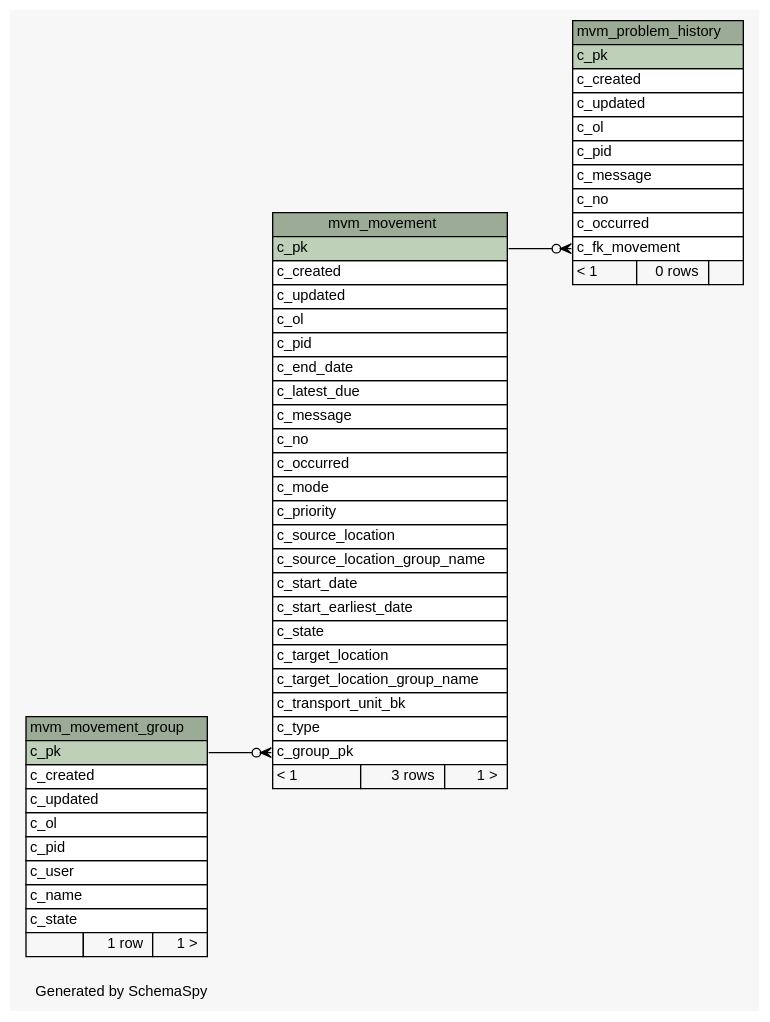
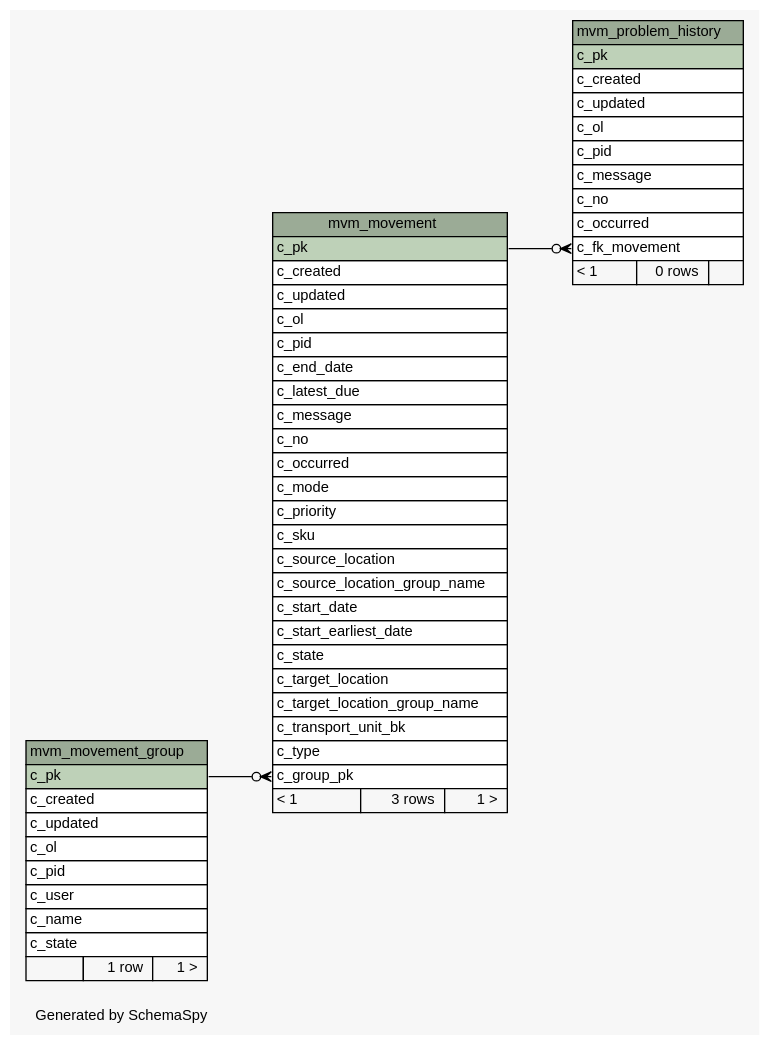
One commit to openwms/org.openwms.wms.movements.lib changed the diagram in 1.0.0-SNAPSHOT/schemaspy/diagrams/summary/relationships.real.large.dot. Above: the diagram before and after it, drawn with Graphviz. The commit also changed 221 other files, not shown here.

```diff
--- a/1.0.0-SNAPSHOT/schemaspy/diagrams/summary/relationships.real.large.dot
+++ b/1.0.0-SNAPSHOT/schemaspy/diagrams/summary/relationships.real.large.dot
@@ -1,90 +1,91 @@
 // dot 2.43.0 on Linux 5.8.0-1042-azure
 // SchemaSpy rev Unknown
 digraph "largeRelationshipsDiagram" {
   graph [
     rankdir="RL"
     bgcolor="#f7f7f7"
     label="\nGenerated by SchemaSpy"
     labeljust="l"
     nodesep="0.18"
     ranksep="0.46"
     fontname="Helvetica"
     fontsize="11"
   ];
   node [
     fontname="Helvetica"
     fontsize="11"
     shape="plaintext"
   ];
   edge [
     arrowsize="0.8"
   ];
   "mvm_movement" [
     label=<
     <TABLE BORDER="0" CELLBORDER="1" CELLSPACING="0" BGCOLOR="#ffffff">
       <TR><TD COLSPAN="3" BGCOLOR="#9bab96" ALIGN="CENTER">mvm_movement</TD></TR>
       <TR><TD PORT="c_pk" COLSPAN="3" BGCOLOR="#bed1b8" ALIGN="LEFT">c_pk</TD></TR>
       <TR><TD PORT="c_created" COLSPAN="3" ALIGN="LEFT">c_created</TD></TR>
       <TR><TD PORT="c_updated" COLSPAN="3" ALIGN="LEFT">c_updated</TD></TR>
       <TR><TD PORT="c_ol" COLSPAN="3" ALIGN="LEFT">c_ol</TD></TR>
       <TR><TD PORT="c_pid" COLSPAN="3" ALIGN="LEFT">c_pid</TD></TR>
       <TR><TD PORT="c_end_date" COLSPAN="3" ALIGN="LEFT">c_end_date</TD></TR>
       <TR><TD PORT="c_latest_due" COLSPAN="3" ALIGN="LEFT">c_latest_due</TD></TR>
       <TR><TD PORT="c_message" COLSPAN="3" ALIGN="LEFT">c_message</TD></TR>
       <TR><TD PORT="c_no" COLSPAN="3" ALIGN="LEFT">c_no</TD></TR>
       <TR><TD PORT="c_occurred" COLSPAN="3" ALIGN="LEFT">c_occurred</TD></TR>
       <TR><TD PORT="c_mode" COLSPAN="3" ALIGN="LEFT">c_mode</TD></TR>
       <TR><TD PORT="c_priority" COLSPAN="3" ALIGN="LEFT">c_priority</TD></TR>
+      <TR><TD PORT="c_sku" COLSPAN="3" ALIGN="LEFT">c_sku</TD></TR>
       <TR><TD PORT="c_source_location" COLSPAN="3" ALIGN="LEFT">c_source_location</TD></TR>
       <TR><TD PORT="c_source_location_group_name" COLSPAN="3" ALIGN="LEFT">c_source_location_group_name</TD></TR>
       <TR><TD PORT="c_start_date" COLSPAN="3" ALIGN="LEFT">c_start_date</TD></TR>
       <TR><TD PORT="c_start_earliest_date" COLSPAN="3" ALIGN="LEFT">c_start_earliest_date</TD></TR>
       <TR><TD PORT="c_state" COLSPAN="3" ALIGN="LEFT">c_state</TD></TR>
       <TR><TD PORT="c_target_location" COLSPAN="3" ALIGN="LEFT">c_target_location</TD></TR>
       <TR><TD PORT="c_target_location_group_name" COLSPAN="3" ALIGN="LEFT">c_target_location_group_name</TD></TR>
       <TR><TD PORT="c_transport_unit_bk" COLSPAN="3" ALIGN="LEFT">c_transport_unit_bk</TD></TR>
       <TR><TD PORT="c_type" COLSPAN="3" ALIGN="LEFT">c_type</TD></TR>
       <TR><TD PORT="c_group_pk" COLSPAN="3" ALIGN="LEFT">c_group_pk</TD></TR>
       <TR><TD ALIGN="LEFT" BGCOLOR="#f7f7f7">&lt; 1</TD><TD ALIGN="RIGHT" BGCOLOR="#f7f7f7">3 rows</TD><TD ALIGN="RIGHT" BGCOLOR="#f7f7f7">1 &gt;</TD></TR>
     </TABLE>>
     URL="tables/mvm_movement.html"
     tooltip="mvm_movement"
   ];
   "mvm_movement_group" [
     label=<
     <TABLE BORDER="0" CELLBORDER="1" CELLSPACING="0" BGCOLOR="#ffffff">
       <TR><TD COLSPAN="3" BGCOLOR="#9bab96" ALIGN="CENTER">mvm_movement_group</TD></TR>
       <TR><TD PORT="c_pk" COLSPAN="3" BGCOLOR="#bed1b8" ALIGN="LEFT">c_pk</TD></TR>
       <TR><TD PORT="c_created" COLSPAN="3" ALIGN="LEFT">c_created</TD></TR>
       <TR><TD PORT="c_updated" COLSPAN="3" ALIGN="LEFT">c_updated</TD></TR>
       <TR><TD PORT="c_ol" COLSPAN="3" ALIGN="LEFT">c_ol</TD></TR>
       <TR><TD PORT="c_pid" COLSPAN="3" ALIGN="LEFT">c_pid</TD></TR>
       <TR><TD PORT="c_user" COLSPAN="3" ALIGN="LEFT">c_user</TD></TR>
       <TR><TD PORT="c_name" COLSPAN="3" ALIGN="LEFT">c_name</TD></TR>
       <TR><TD PORT="c_state" COLSPAN="3" ALIGN="LEFT">c_state</TD></TR>
       <TR><TD ALIGN="LEFT" BGCOLOR="#f7f7f7">  </TD><TD ALIGN="RIGHT" BGCOLOR="#f7f7f7">1 row</TD><TD ALIGN="RIGHT" BGCOLOR="#f7f7f7">1 &gt;</TD></TR>
     </TABLE>>
     URL="tables/mvm_movement_group.html"
     tooltip="mvm_movement_group"
   ];
   "mvm_problem_history" [
     label=<
     <TABLE BORDER="0" CELLBORDER="1" CELLSPACING="0" BGCOLOR="#ffffff">
       <TR><TD COLSPAN="3" BGCOLOR="#9bab96" ALIGN="CENTER">mvm_problem_history</TD></TR>
       <TR><TD PORT="c_pk" COLSPAN="3" BGCOLOR="#bed1b8" ALIGN="LEFT">c_pk</TD></TR>
       <TR><TD PORT="c_created" COLSPAN="3" ALIGN="LEFT">c_created</TD></TR>
       <TR><TD PORT="c_updated" COLSPAN="3" ALIGN="LEFT">c_updated</TD></TR>
       <TR><TD PORT="c_ol" COLSPAN="3" ALIGN="LEFT">c_ol</TD></TR>
       <TR><TD PORT="c_pid" COLSPAN="3" ALIGN="LEFT">c_pid</TD></TR>
       <TR><TD PORT="c_message" COLSPAN="3" ALIGN="LEFT">c_message</TD></TR>
       <TR><TD PORT="c_no" COLSPAN="3" ALIGN="LEFT">c_no</TD></TR>
       <TR><TD PORT="c_occurred" COLSPAN="3" ALIGN="LEFT">c_occurred</TD></TR>
       <TR><TD PORT="c_fk_movement" COLSPAN="3" ALIGN="LEFT">c_fk_movement</TD></TR>
       <TR><TD ALIGN="LEFT" BGCOLOR="#f7f7f7">&lt; 1</TD><TD ALIGN="RIGHT" BGCOLOR="#f7f7f7">0 rows</TD><TD ALIGN="RIGHT" BGCOLOR="#f7f7f7">  </TD></TR>
     </TABLE>>
     URL="tables/mvm_problem_history.html"
     tooltip="mvm_problem_history"
   ];
   "mvm_movement":"c_group_pk":w -> "mvm_movement_group":"c_pk":e [arrowhead=none dir=back arrowtail=crowodot];
   "mvm_problem_history":"c_fk_movement":w -> "mvm_movement":"c_pk":e [arrowhead=none dir=back arrowtail=crowodot];
 }
```
